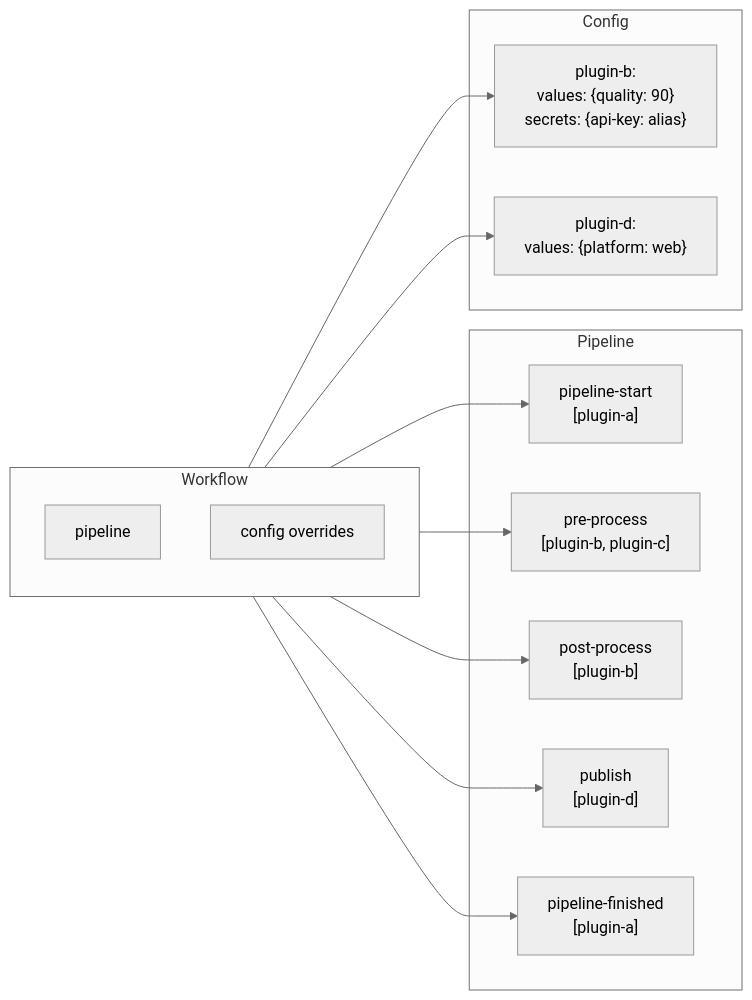
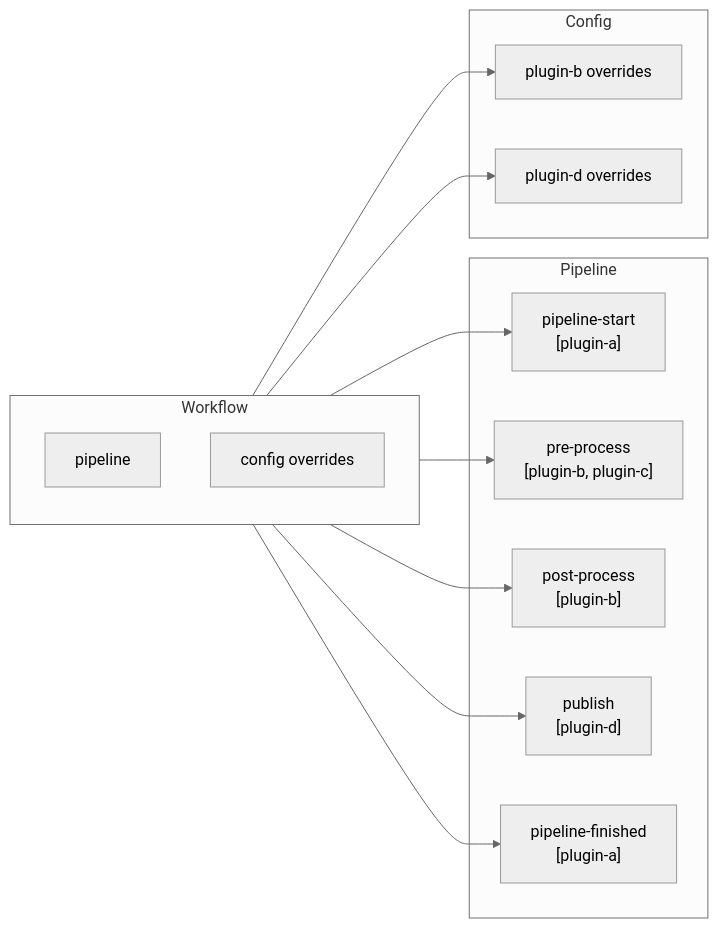
Before and after one commit to josephquigley/piqley-cli: the second of 2 diagrams in docs/architecture/config-and-workflows.md, drawn with Mermaid (neutral theme). The commit also changed other lines of this file and 4 other files, not shown here.

First line of the commit message:
fix: shorten mermaid diagram labels to prevent clipping

````diff
--- a/docs/architecture/config-and-workflows.md
+++ b/docs/architecture/config-and-workflows.md
@@ -54,29 +54,29 @@
 ```mermaid
 flowchart LR
     subgraph Workflow
         direction TB
         P["pipeline"]
         C["config overrides"]
     end
 
     subgraph Pipeline
         S1["pipeline-start\n[plugin-a]"]
         S2["pre-process\n[plugin-b, plugin-c]"]
         S3["post-process\n[plugin-b]"]
         S4["publish\n[plugin-d]"]
         S5["pipeline-finished\n[plugin-a]"]
     end
 
     subgraph Config
-        CA["plugin-b:\nvalues: {quality: 90}\nsecrets: {api-key: alias}"]
-        CB["plugin-d:\nvalues: {platform: web}"]
+        CA["plugin-b overrides"]
+        CB["plugin-d overrides"]
     end
 
     P --> S1
     P --> S2
     P --> S3
     P --> S4
     P --> S5
     C --> CA
     C --> CB
 ```
````
